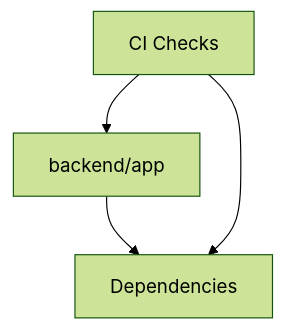
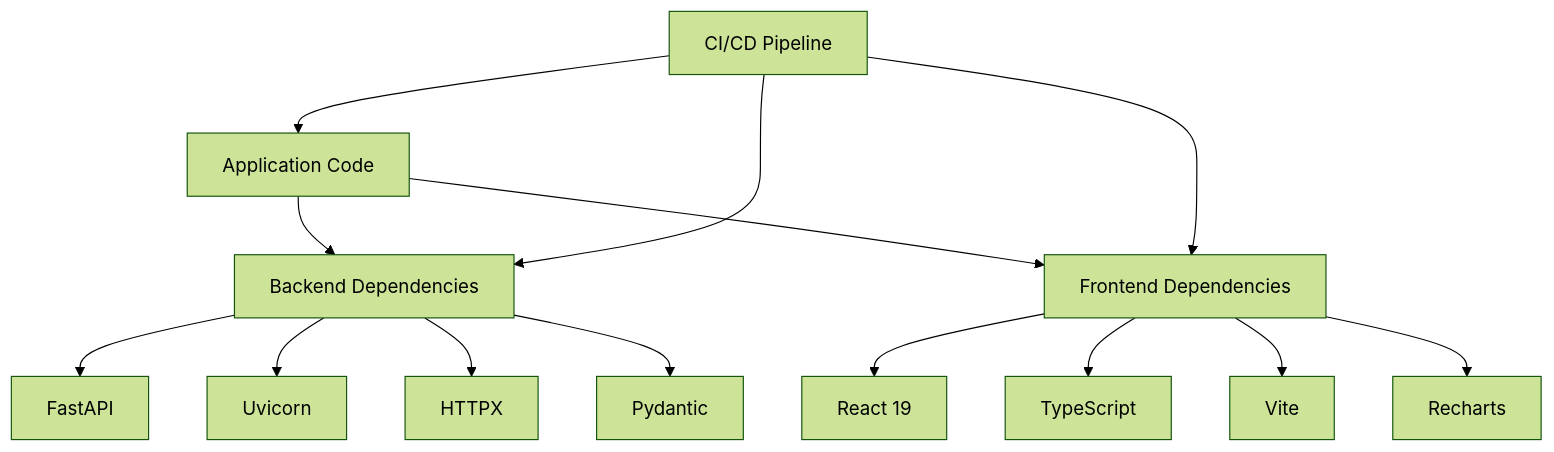
Before and after one commit to Ragnar1999/GoNow: the fourth of 4 diagrams in .qoder/repowiki/en/content/Development Guidelines.md, drawn with Mermaid (forest theme). The commit also changed other lines of this file and 10 other files, not shown here.

````diff
--- a/.qoder/repowiki/en/content/Development Guidelines.md
+++ b/.qoder/repowiki/en/content/Development Guidelines.md
@@ -313,9 +540,20 @@
 ```mermaid
 graph TB
-app["backend/app"]
-deps["Dependencies"]
-ci["CI Checks"]
-app --> deps
+app["Application Code"]
+backend_deps["Backend Dependencies"]
+frontend_deps["Frontend Dependencies"]
+ci["CI/CD Pipeline"]
+app --> backend_deps
+app --> frontend_deps
 ci --> app
-ci --> deps
+ci --> backend_deps
+ci --> frontend_deps
+backend_deps --> fastapi["FastAPI"]
+backend_deps --> uvicorn["Uvicorn"]
+backend_deps --> httpx["HTTPX"]
+backend_deps --> pydantic["Pydantic"]
+frontend_deps --> react["React 19"]
+frontend_deps --> typescript["TypeScript"]
+frontend_deps --> vite["Vite"]
+frontend_deps --> recharts["Recharts"]
 ```
````
